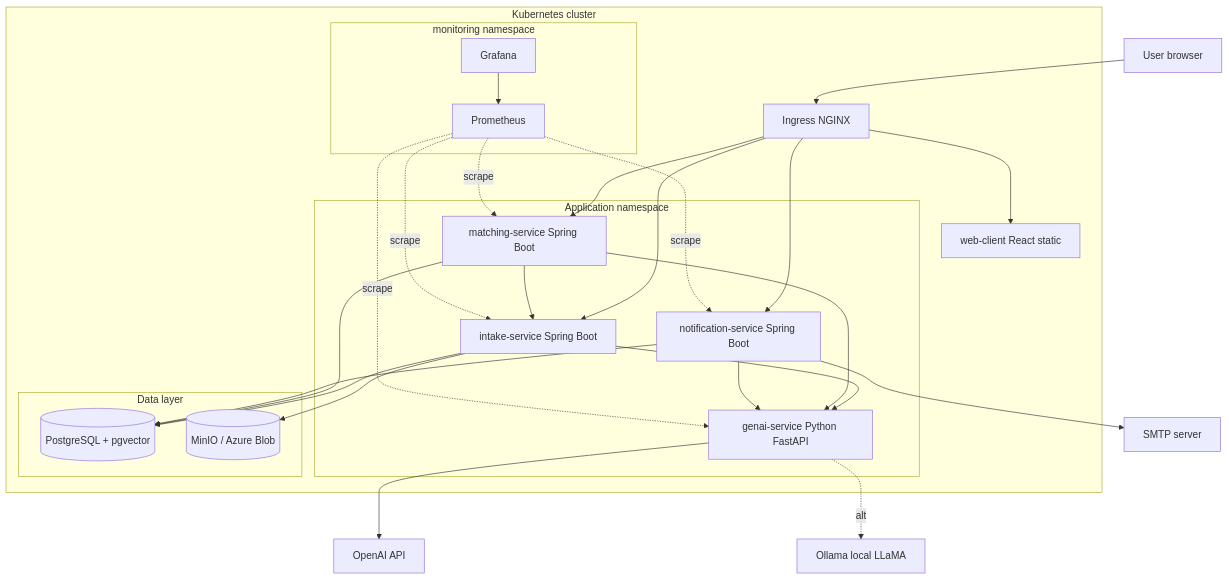
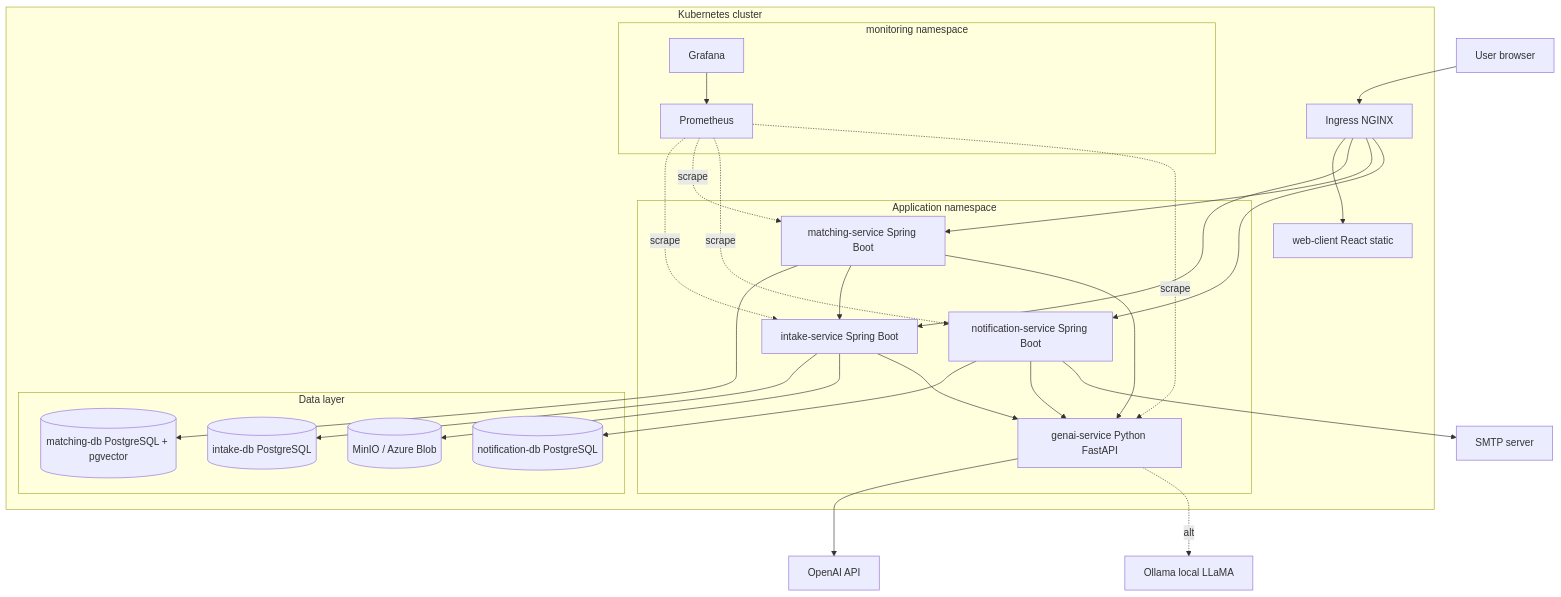
Before and after one commit to AET-DevOps26/team-chaos-monkeys: the third of 3 diagrams in docs/architecture.md, drawn with Mermaid. The commit also changed other lines of this file, not shown here.

````diff
--- a/docs/architecture.md
+++ b/docs/architecture.md
@@ -190,55 +190,57 @@
 ```mermaid
 graph TB
     User[User browser]
 
     subgraph K8s [Kubernetes cluster]
         Ingress[Ingress NGINX]
         Web[web-client React static]
 
         subgraph App [Application namespace]
             Intake[intake-service Spring Boot]
             Match[matching-service Spring Boot]
             Notif[notification-service Spring Boot]
             GenAI[genai-service Python FastAPI]
         end
 
         subgraph Data [Data layer]
-            PG[(PostgreSQL + pgvector)]
+            IntakeDB[(intake-db PostgreSQL)]
+            MatchDB[(matching-db PostgreSQL + pgvector)]
+            NotifDB[(notification-db PostgreSQL)]
             Obj[(MinIO / Azure Blob)]
         end
 
         subgraph Mon [monitoring namespace]
             Prom[Prometheus]
             Graf[Grafana]
         end
     end
 
     LLMCloud[OpenAI API]
     LLMLocal[Ollama local LLaMA]
     SMTP[SMTP server]
 
     User --> Ingress
     Ingress --> Web
     Ingress --> Intake
     Ingress --> Match
     Ingress --> Notif
 
-    Intake --> PG
+    Intake --> IntakeDB
     Intake --> Obj
     Intake --> GenAI
-    Match --> PG
+    Match --> MatchDB
     Match --> Intake
     Match --> GenAI
-    Notif --> PG
+    Notif --> NotifDB
     Notif --> GenAI
     Notif --> SMTP
 
     GenAI --> LLMCloud
     GenAI -.alt.-> LLMLocal
 
     Prom -.scrape.-> Intake
     Prom -.scrape.-> Match
     Prom -.scrape.-> Notif
     Prom -.scrape.-> GenAI
     Graf --> Prom
 ```
````
